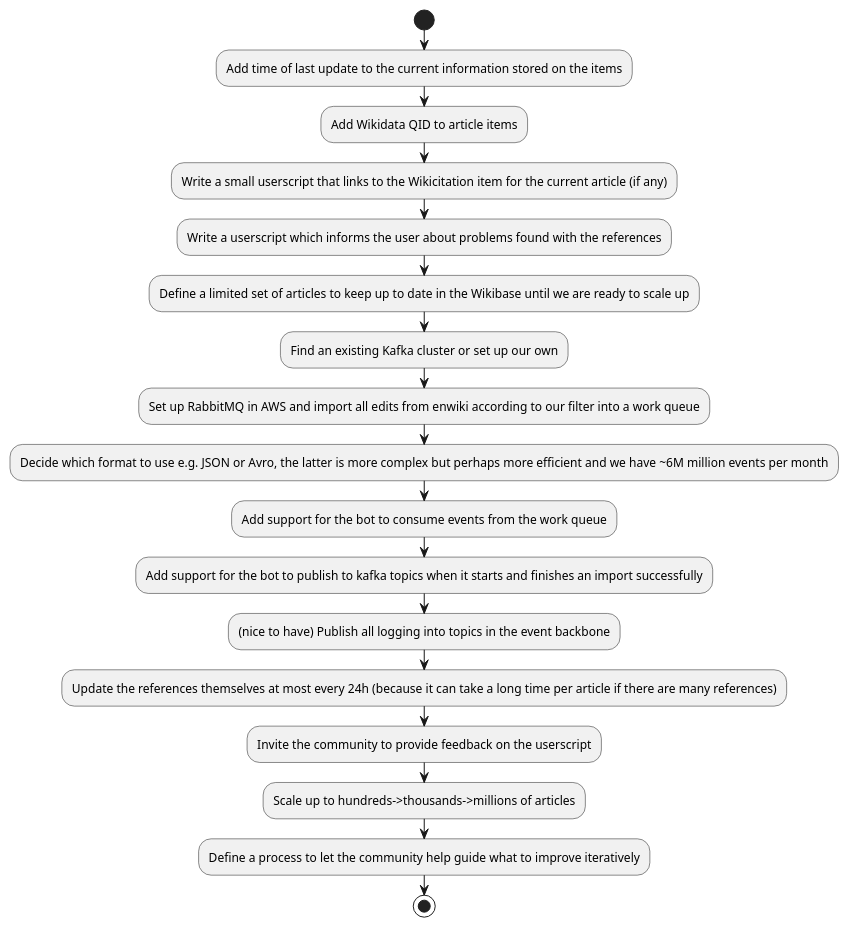
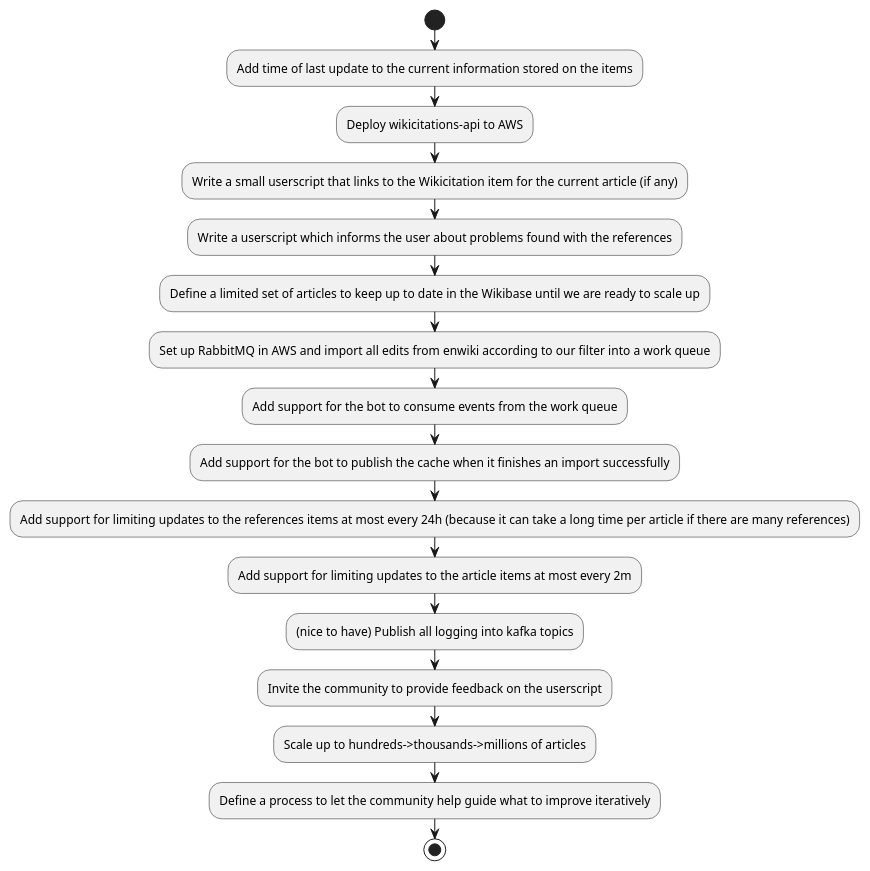
The diagram in diagrams/roadmap.puml (internetarchive/iari), drawn with PlantUML before and after one commit.

Commit message:
Update roadmap to remove all of kafka

```diff
--- a/diagrams/roadmap.puml
+++ b/diagrams/roadmap.puml
@@ -1,22 +1,21 @@
 @startuml
 'https://plantuml.com/activity-diagram-beta
 
 start
 :Add time of last update to the current information stored on the items;
-:Add Wikidata QID to article items;
+:Deploy wikicitations-api to AWS;
 :Write a small userscript that links to the Wikicitation item for the current article (if any);
 :Write a userscript which informs the user about problems found with the references;
 :Define a limited set of articles to keep up to date in the Wikibase until we are ready to scale up;
-:Find an existing Kafka cluster or set up our own;
 :Set up RabbitMQ in AWS and import all edits from enwiki according to our filter into a work queue;
-:Decide which format to use e.g. JSON or Avro, the latter is more complex but perhaps more efficient and we have ~6M million events per month;
 :Add support for the bot to consume events from the work queue;
-:Add support for the bot to publish to kafka topics when it starts and finishes an import successfully;
-:(nice to have) Publish all logging into topics in the event backbone;
-:Update the references themselves at most every 24h (because it can take a long time per article if there are many references);
+:Add support for the bot to publish the cache when it finishes an import successfully;
+:Add support for limiting updates to the references items at most every 24h (because it can take a long time per article if there are many references);
+:Add support for limiting updates to the article items at most every 2m;
+:(nice to have) Publish all logging into kafka topics;
 :Invite the community to provide feedback on the userscript;
 :Scale up to hundreds->thousands->millions of articles;
 :Define a process to let the community help guide what to improve iteratively;
 stop
 
 @enduml
```
